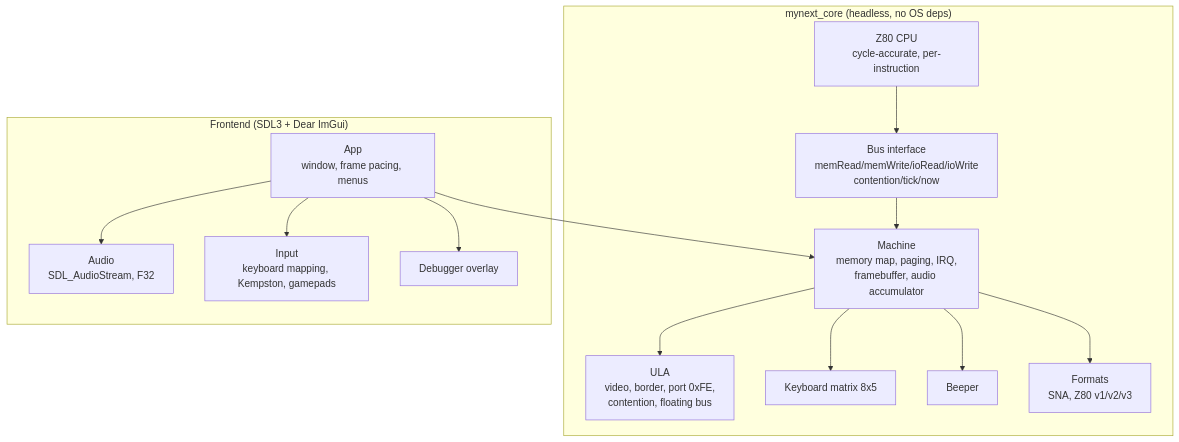
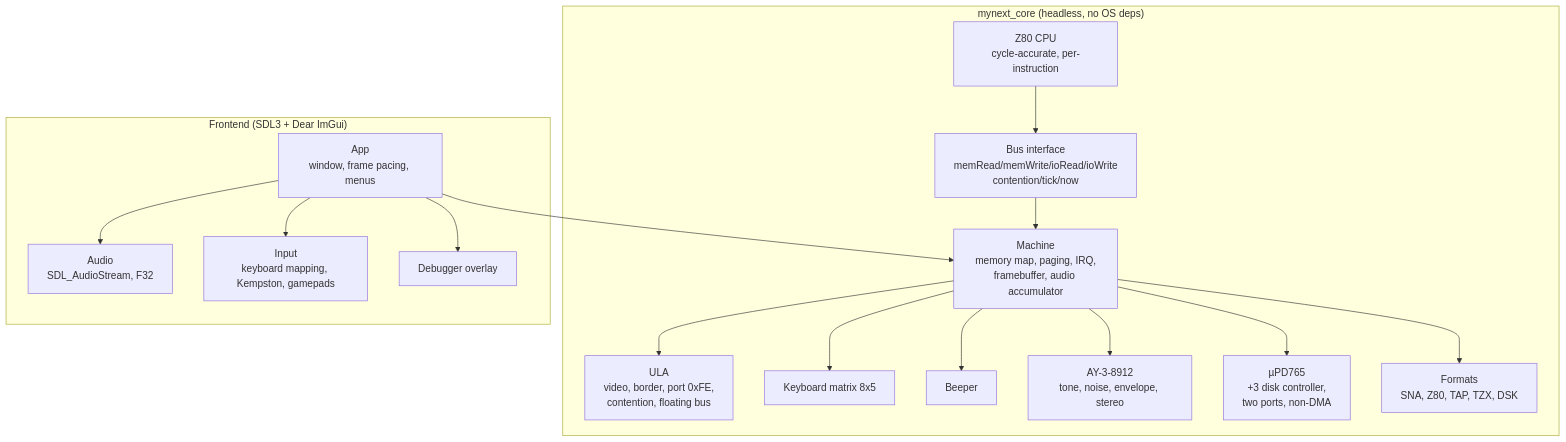
Before and after one commit to DruzhininPavel/RainbowNext: the diagram in docs/ARCHITECTURE.md, drawn with Mermaid. The commit also changed other lines of this file and 13 other files, not shown here.

First line of the commit message:
Add +3 disk controller and DSK/EDSK images

````diff
--- a/docs/ARCHITECTURE.md
+++ b/docs/ARCHITECTURE.md
@@ -7,30 +7,34 @@
 ```mermaid
 flowchart TD
     subgraph core["mynext_core (headless, no OS deps)"]
         Z80["Z80 CPU<br/>cycle-accurate, per-instruction"]
         BUS["Bus interface<br/>memRead/memWrite/ioRead/ioWrite<br/>contention/tick/now"]
         ULA["ULA<br/>video, border, port 0xFE,<br/>contention, floating bus"]
         KBD["Keyboard matrix 8x5"]
         BEEP["Beeper"]
         MACH["Machine<br/>memory map, paging, IRQ,<br/>framebuffer, audio accumulator"]
-        FMT["Formats<br/>SNA, Z80 v1/v2/v3"]
+        AY["AY-3-8912<br/>tone, noise, envelope, stereo"]
+        FDC["µPD765<br/>+3 disk controller,<br/>two ports, non-DMA"]
+        FMT["Formats<br/>SNA, Z80, TAP, TZX, DSK"]
     end
 
     subgraph host["Frontend (SDL3 + Dear ImGui)"]
         APP["App<br/>window, frame pacing, menus"]
         AUD["Audio<br/>SDL_AudioStream, F32"]
         INP["Input<br/>keyboard mapping, Kempston, gamepads"]
         DBG["Debugger overlay"]
     end
 
     Z80 --> BUS
     BUS --> MACH
     MACH --> ULA
     MACH --> KBD
     MACH --> BEEP
+    MACH --> AY
+    MACH --> FDC
     MACH --> FMT
     APP --> MACH
     APP --> AUD
     APP --> INP
     APP --> DBG
 ```
````
